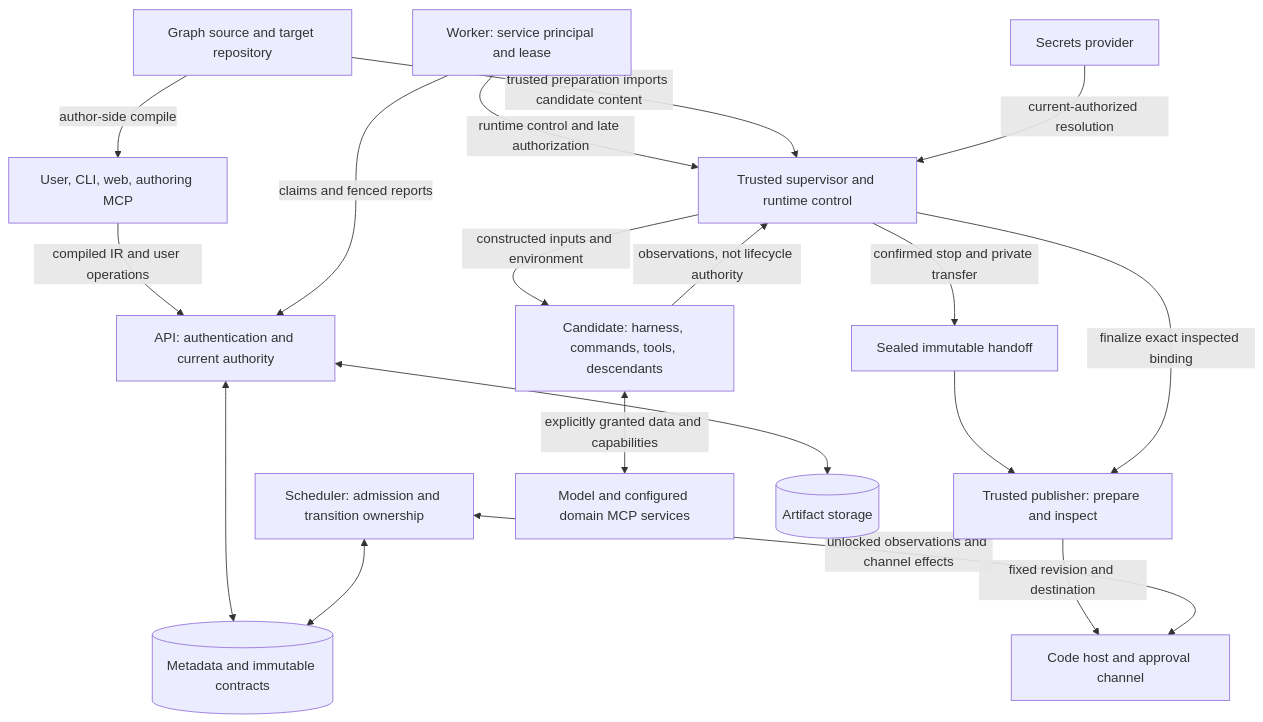
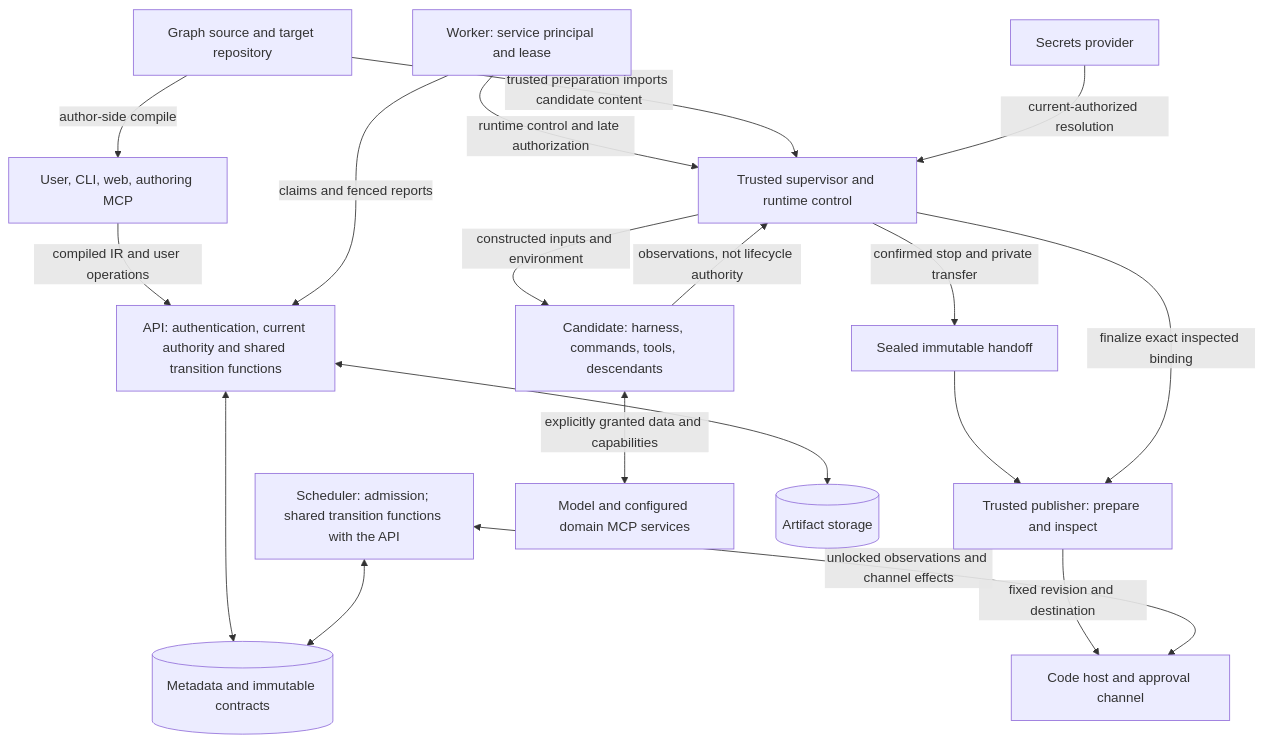
The diagram in docs/threat-model.md (klukashka/kora), drawn with Mermaid before and after one commit. The commit also changed other lines of this file and 14 other files, not shown here.

````diff
--- a/docs/threat-model.md
+++ b/docs/threat-model.md
@@ -49,34 +51,34 @@
 ```mermaid
 flowchart TB
     user["User, CLI, web, authoring MCP"]
     repo["Graph source and target repository"]
-    api["API: authentication and current authority"]
+    api["API: authentication, current authority and shared transition functions"]
     db[("Metadata and immutable contracts")]
-    scheduler["Scheduler: admission and transition ownership"]
+    scheduler["Scheduler: admission; shared transition functions with the API"]
     worker["Worker: service principal and lease"]
     supervisor["Trusted supervisor and runtime control"]
     candidate["Candidate: harness, commands, tools, descendants"]
     handoff["Sealed immutable handoff"]
     publisher["Trusted publisher: prepare and inspect"]
     host["Code host and approval channel"]
     external["Model and configured domain MCP services"]
     secrets["Secrets provider"]
     storage[("Artifact storage")]
     repo -->|"author-side compile"| user
     user -->|"compiled IR and user operations"| api
     api <--> db
     scheduler <--> db
     worker -->|"claims and fenced reports"| api
     worker -->|"runtime control and late authorization"| supervisor
     repo -->|"trusted preparation imports candidate content"| supervisor
     supervisor -->|"constructed inputs and environment"| candidate
     secrets -->|"current-authorized resolution"| supervisor
     candidate -->|"observations, not lifecycle authority"| supervisor
     supervisor -->|"confirmed stop and private transfer"| handoff
     handoff --> publisher
     supervisor -->|"finalize exact inspected binding"| publisher
     publisher -->|"fixed revision and destination"| host
     scheduler <-->|"unlocked observations and channel effects"| host
     candidate <-->|"explicitly granted data and capabilities"| external
     api <--> storage
 ```
````
